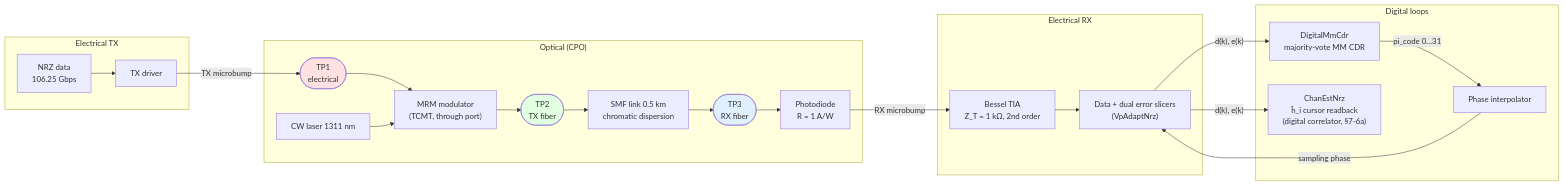
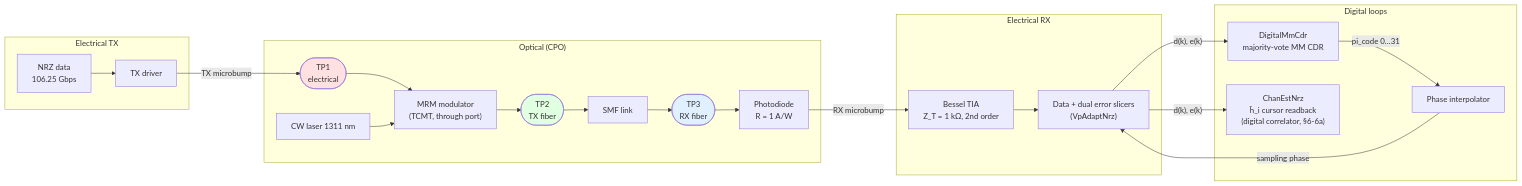
Before and after one commit to patrick-lightmatter/mydocs: the first of 4 diagrams in oci_msa/l250/gizmo.md, drawn with Mermaid. The commit also changed other lines of this file and 14 other files, not shown here.

````diff
--- a/oci_msa/l250/gizmo.md
+++ b/oci_msa/l250/gizmo.md
@@ -22,29 +12,29 @@
 ```mermaid
 flowchart LR
   subgraph TX["Electrical TX"]
     PRBS["NRZ data<br/>106.25 Gbps"] --> DRV["TX driver"]
   end
   subgraph OPT["Optical (CPO)"]
     DRV -->|TX microbump| TP1(["TP1<br/>electrical"])
     TP1 --> MRM["MRM modulator<br/>(TCMT, through port)"]
     LAS["CW laser 1311 nm"] --> MRM
     MRM --> TP2(["TP2<br/>TX fiber"])
-    TP2 --> SMF["SMF link 0.5 km<br/>chromatic dispersion"]
+    TP2 --> SMF["SMF link"]
     SMF --> TP3(["TP3<br/>RX fiber"])
     TP3 --> PD["Photodiode<br/>R = 1 A/W"]
   end
   subgraph RX["Electrical RX"]
     PD -->|RX microbump| TIA["Bessel TIA<br/>Z_T = 1 kΩ, 2nd order"]
     TIA --> SL["Data + dual error slicers<br/>(VpAdaptNrz)"]
   end
   subgraph DIG["Digital loops"]
     SL -->|"d(k), e(k)"| CDR["DigitalMmCdr<br/>majority-vote MM CDR"]
     CDR -->|pi_code 0…31| PI["Phase interpolator"]
     PI -->|sampling phase| SL
-    SL -->|"d(k), e(k)"| EST["ChanEstNrz<br/>ĥ_i cursor readback<br/>(digital correlator, §7-6a)"]
+    SL -->|"d(k), e(k)"| EST["ChanEstNrz<br/>ĥ_i cursor readback<br/>(digital correlator, §6-6a)"]
   end
 
   style TP1 fill:#ffe1e1
   style TP2 fill:#e1ffe1
   style TP3 fill:#e1f0ff
 ```
````
